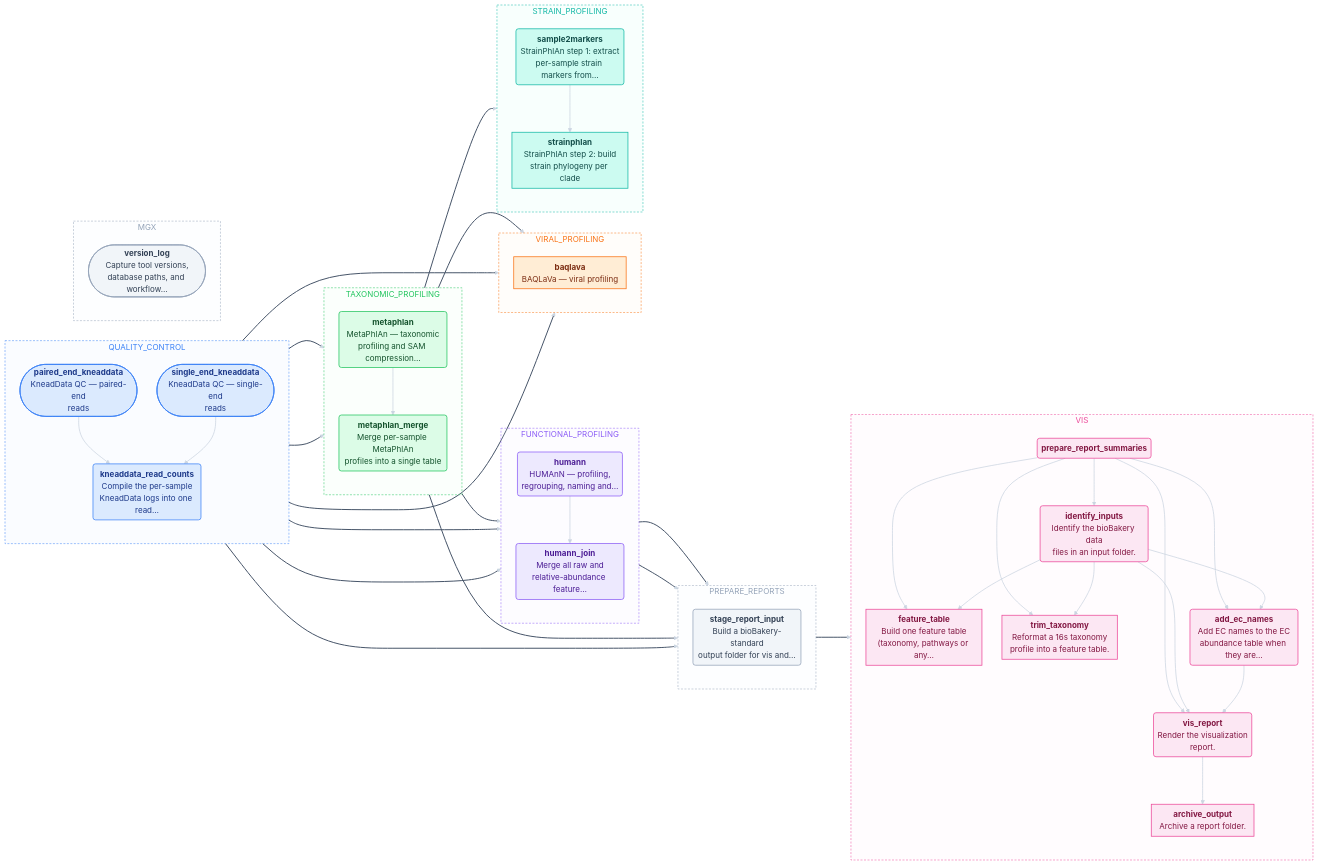
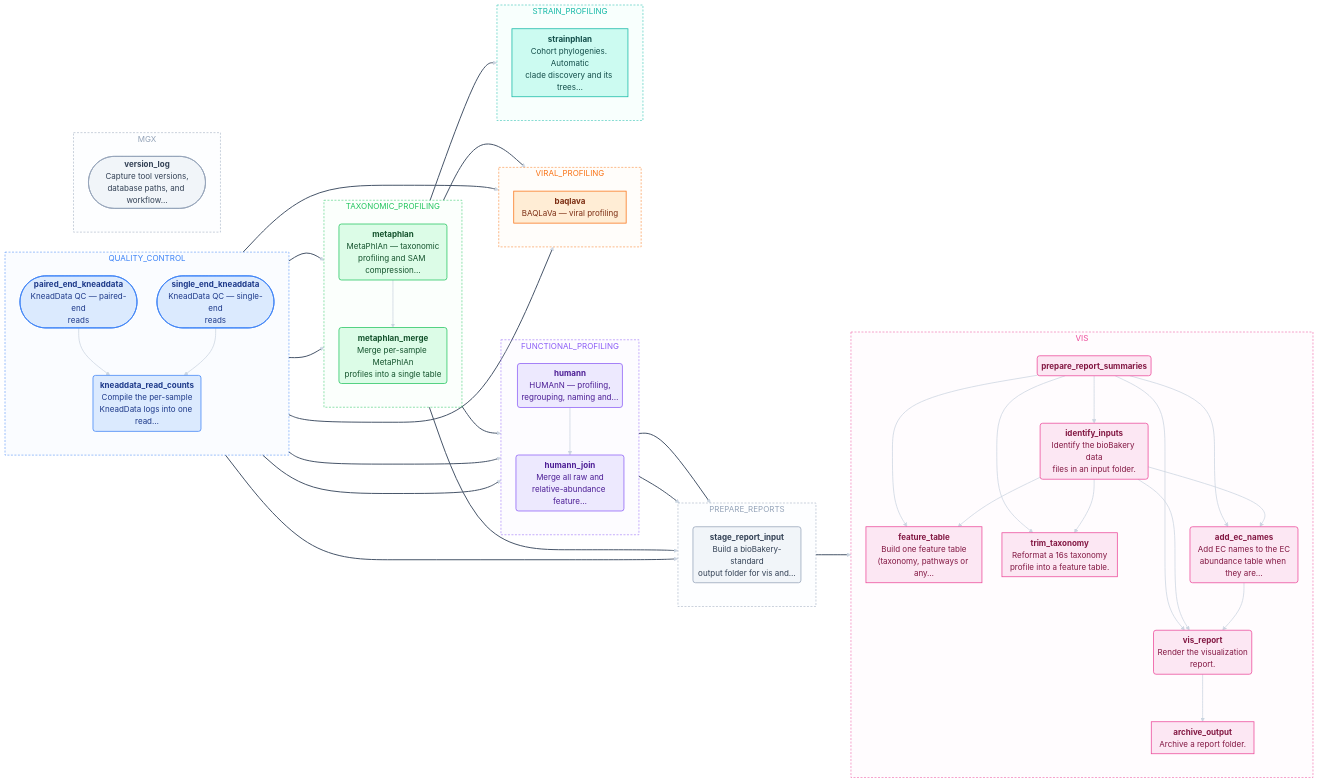
Before and after one commit to biobakery/biobakery-nextflow: the second of 7 diagrams in docs/workflow_reference.md, drawn with Mermaid. The commit also changed other lines of this file, not shown here.

````diff
--- a/docs/workflow_reference.md
+++ b/docs/workflow_reference.md
@@ -223,8 +223,7 @@
     end
     subgraph STRAIN_PROFILING
         direction TB
-        sample2markers("<b>sample2markers</b><br/>StrainPhlAn step 1: extract<br/>per-sample strain markers from…")
-        strainphlan["<b>strainphlan</b><br/>StrainPhlAn step 2: build<br/>strain phylogeny per clade"]
+        strainphlan["<b>strainphlan</b><br/>Cohort phylogenies. Automatic<br/>clade discovery and its trees…"]
     end
     subgraph PREPARE_REPORTS
         direction TB
@@ -257,12 +256,11 @@
     metaphlan --> metaphlan_merge
     metaphlan --> humann
     metaphlan --> baqlava
-    metaphlan --> sample2markers
+    metaphlan --> strainphlan
     metaphlan_merge --> stage_report_input
     humann --> humann_join
     humann --> stage_report_input
     humann_join --> stage_report_input
-    sample2markers --> strainphlan
     stage_report_input --> prepare_report_summaries
     prepare_report_summaries --> identify_inputs
     prepare_report_summaries --> feature_table
@@ -294,7 +292,7 @@
     classDef stage3 fill:#ffedd5,stroke:#f97316,stroke-width:1.5px,color:#7c2d12
     class baqlava stage3
     classDef stage4 fill:#ccfbf1,stroke:#14b8a6,stroke-width:1.5px,color:#134e4a
-    class sample2markers,strainphlan stage4
+    class strainphlan stage4
     classDef stage5 fill:#f1f5f9,stroke:#94a3b8,stroke-width:1.5px,color:#334155
     class stage_report_input stage5
     classDef stage6 fill:#fce7f3,stroke:#ec4899,stroke-width:1.5px,color:#831843
@@ -303,5 +301,5 @@
     class version_log stage7
 
     linkStyle default stroke:#cbd5e1,stroke-width:1.5px
-    linkStyle 1,2,3,5,6,7,8,10,11,12,13,15,16,18 stroke:#475569,stroke-width:2px
+    linkStyle 1,2,3,5,6,7,8,10,11,12,13,15,16,17 stroke:#475569,stroke-width:2px
 ```
````
